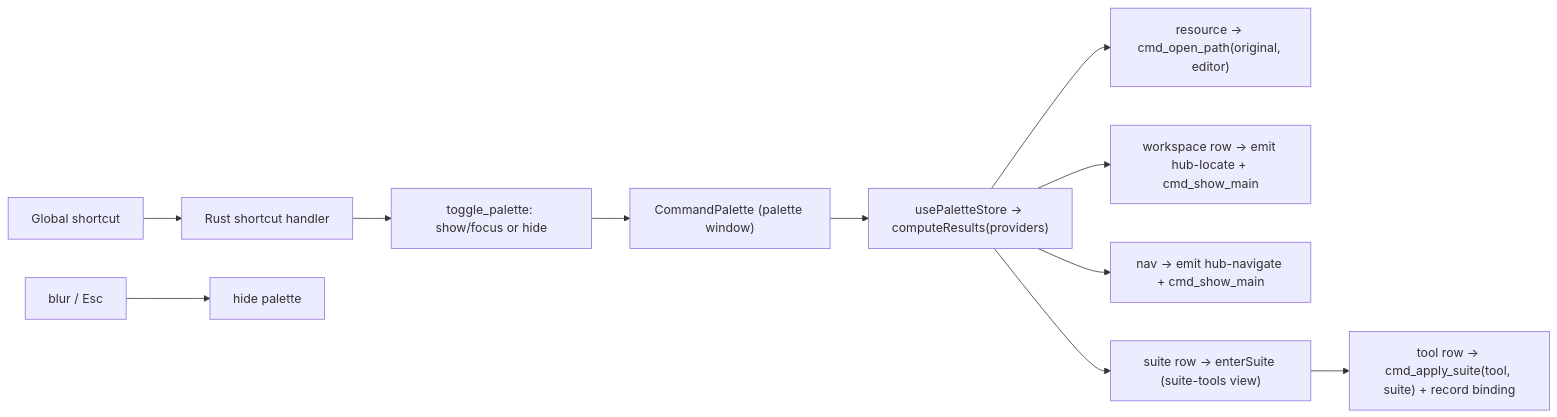
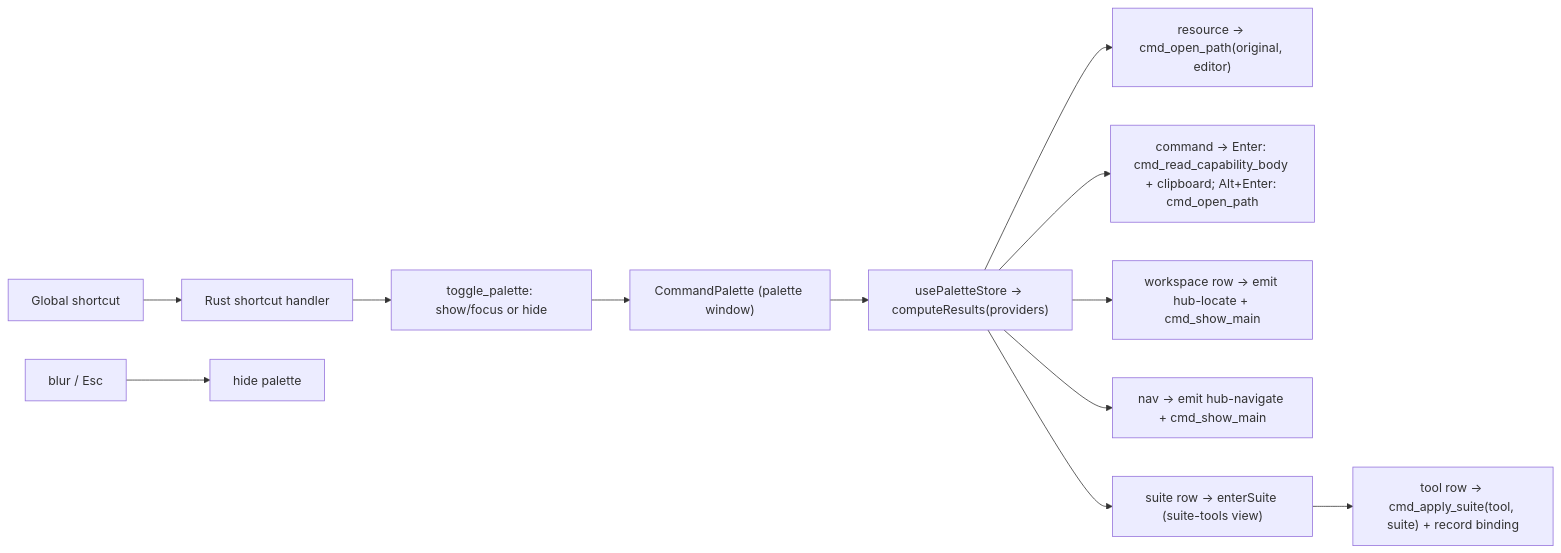
Before and after one commit to elaboration-studio/agentic-hub: the diagram in docs/features/command-palette.md, drawn with Mermaid. The commit also changed other lines of this file and 7 other files, not shown here.

````diff
--- a/docs/features/command-palette.md
+++ b/docs/features/command-palette.md
@@ -58,13 +64,14 @@
 ```mermaid
 flowchart LR
   shortcut["Global shortcut"] --> handler["Rust shortcut handler"]
   handler --> toggle["toggle_palette: show/focus or hide"]
   toggle --> ui["CommandPalette (palette window)"]
   ui --> store["usePaletteStore -> computeResults(providers)"]
   store --> resource["resource -> cmd_open_path(original, editor)"]
+  store --> command["command -> Enter: cmd_read_capability_body + clipboard; Alt+Enter: cmd_open_path"]
   store --> workspace["workspace row -> emit hub-locate + cmd_show_main"]
   store --> nav["nav -> emit hub-navigate + cmd_show_main"]
   store --> suite["suite row -> enterSuite (suite-tools view)"]
   suite --> applyRow["tool row -> cmd_apply_suite(tool, suite) + record binding"]
   blur["blur / Esc"] --> hide["hide palette"]
 ```
````
